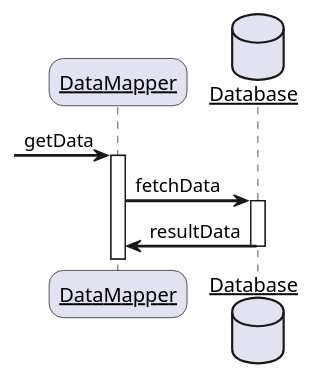
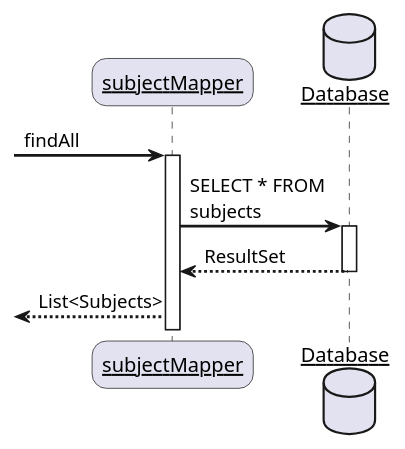
Before and after one commit to omjadas/ekzameno: the diagram in docs/diagrams/dataMapper.puml, drawn with PlantUML. The commit also changed 1 other file, not shown here.

Commit message:
uml: UnitOfWork

```diff
--- a/docs/diagrams/dataMapper.puml
+++ b/docs/diagrams/dataMapper.puml
@@ -1,18 +1,21 @@
 @startuml
 skinparam sequenceArrowThickness 2
 skinparam roundcorner 20
-skinparam maxmessagesize 60
+skinparam maxmessagesize 130
 skinparam sequenceParticipant underline
 
-participant "DataMapper" as A
+participant "subjectMapper" as A
 database Database
 
--> A: getData
+-> A: findAll
 activate A
 
-A -> Database: fetchData
+A -> Database: SELECT * FROM subjects
 activate Database
 
-Database -> A: resultData
+Database --> A: ResultSet
+deactivate Database
+
+<-- A : List<Subjects> 
 deactivate Database
 @enduml
```
